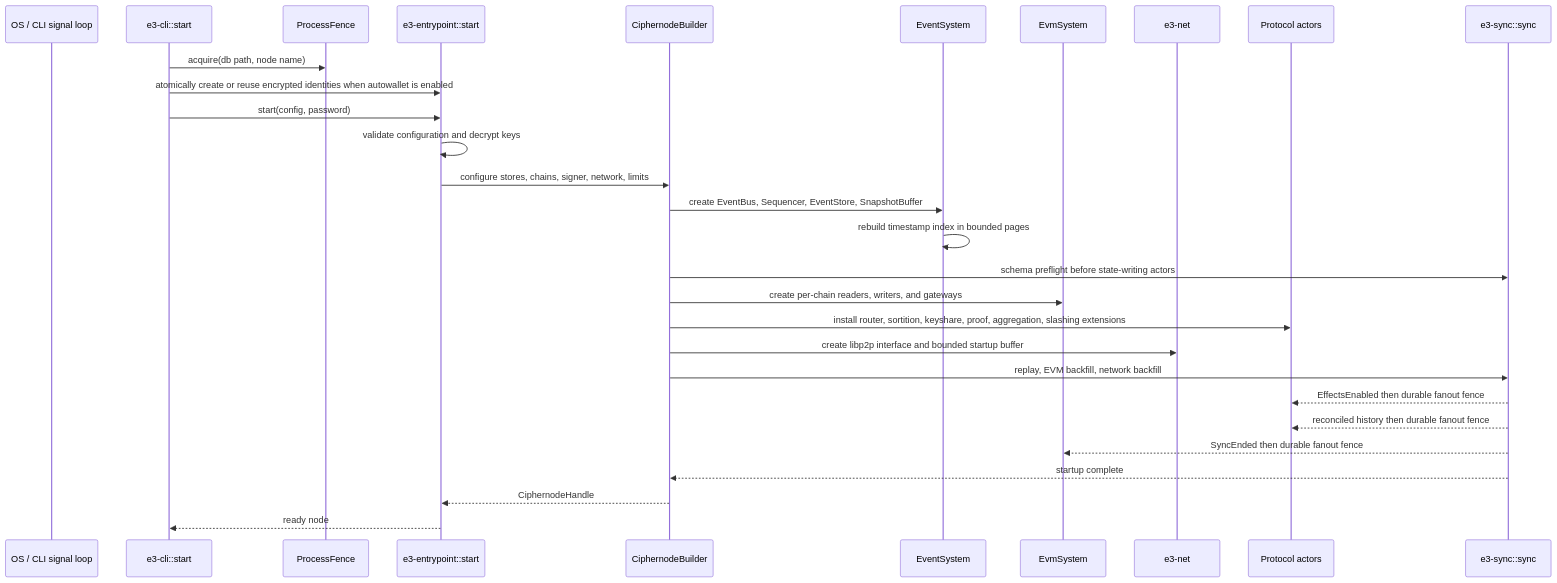
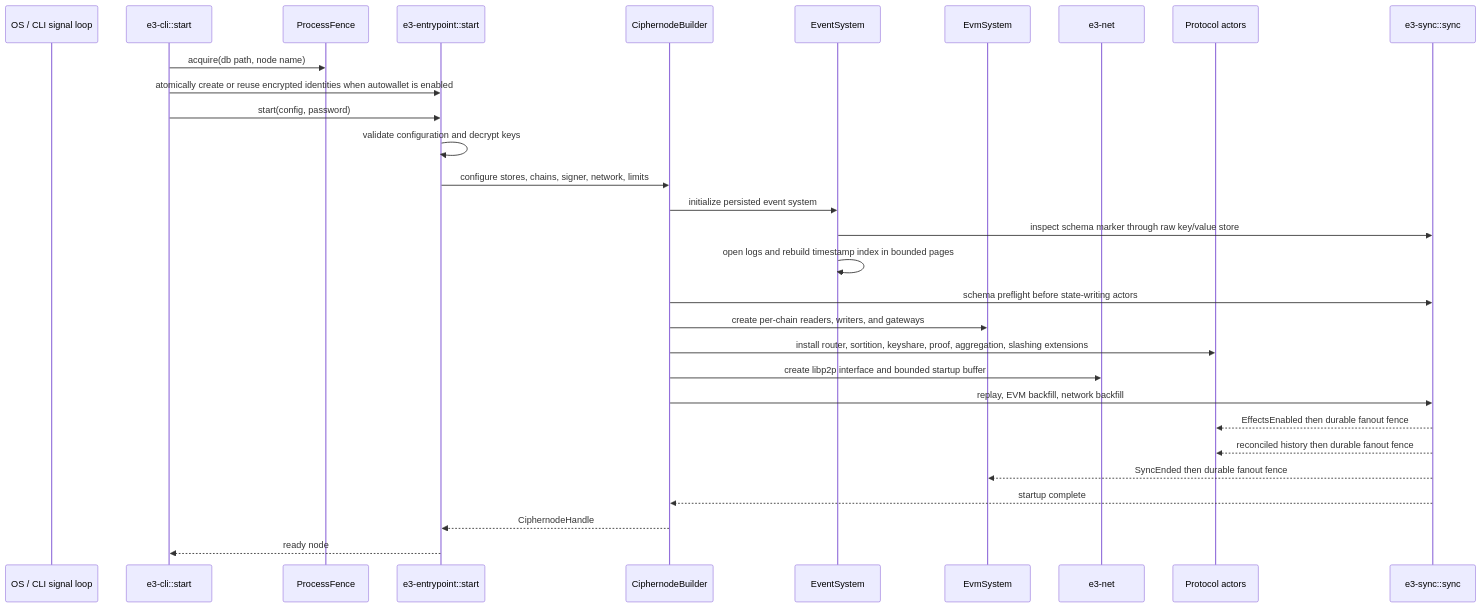
The third of 15 diagrams in agent/CRATES_ARCHITECTURE.md (theinterfold/interfold), drawn with Mermaid before and after one commit. The commit also changed other lines of this file and 14 other files, not shown here.

First line of the commit message:
fix(sync): check the storage schema before opening event logs

````diff
--- a/agent/CRATES_ARCHITECTURE.md
+++ b/agent/CRATES_ARCHITECTURE.md
@@ -213,32 +213,33 @@
 ```mermaid
 sequenceDiagram
     participant OS as OS / CLI signal loop
     participant CLI as e3-cli::start
     participant Fence as ProcessFence
     participant EP as e3-entrypoint::start
     participant B as CiphernodeBuilder
     participant ES as EventSystem
     participant EV as EvmSystem
     participant NET as e3-net
     participant P as Protocol actors
     participant SYNC as e3-sync::sync
 
     CLI->>Fence: acquire(db path, node name)
     CLI->>EP: atomically create or reuse encrypted identities when autowallet is enabled
     CLI->>EP: start(config, password)
     EP->>EP: validate configuration and decrypt keys
     EP->>B: configure stores, chains, signer, network, limits
-    B->>ES: create EventBus, Sequencer, EventStore, SnapshotBuffer
-    ES->>ES: rebuild timestamp index in bounded pages
+    B->>ES: initialize persisted event system
+    ES->>SYNC: inspect schema marker through raw key/value store
+    ES->>ES: open logs and rebuild timestamp index in bounded pages
     B->>SYNC: schema preflight before state-writing actors
     B->>EV: create per-chain readers, writers, and gateways
     B->>P: install router, sortition, keyshare, proof, aggregation, slashing extensions
     B->>NET: create libp2p interface and bounded startup buffer
     B->>SYNC: replay, EVM backfill, network backfill
     SYNC-->>P: EffectsEnabled then durable fanout fence
     SYNC-->>P: reconciled history then durable fanout fence
     SYNC-->>EV: SyncEnded then durable fanout fence
     SYNC-->>B: startup complete
     B-->>EP: CiphernodeHandle
     EP-->>CLI: ready node
 ```
````
